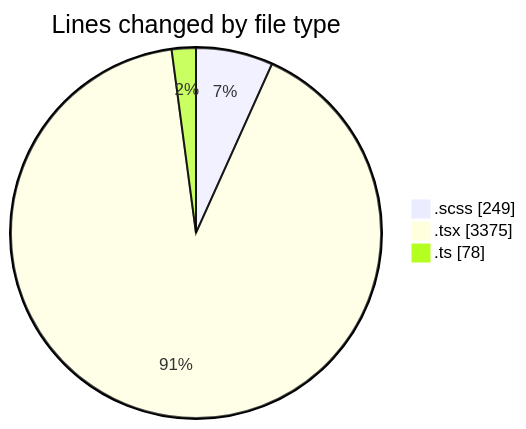
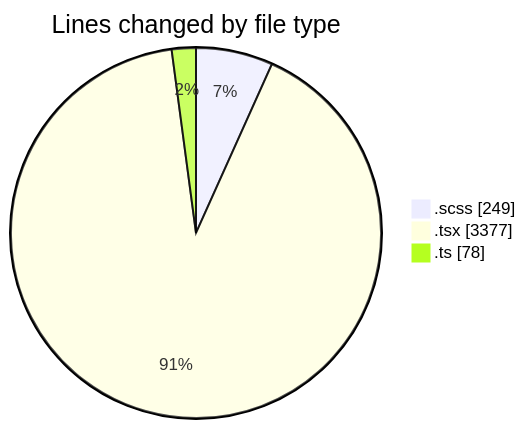
Before and after one commit to momahboobian/code-tracking: the first of 2 diagrams in 2025-09-26/cda/README.md, drawn with Mermaid. The commit also changed other lines of this file and 1 other file, not shown here.

````diff
--- a/2025-09-26/cda/README.md
+++ b/2025-09-26/cda/README.md
@@ -24,7 +24,7 @@
 ```mermaid
 pie showData
 title Lines changed by file type
 ".scss" : 249
-".tsx" : 3375
+".tsx" : 3377
 ".ts" : 78
 ```
````
